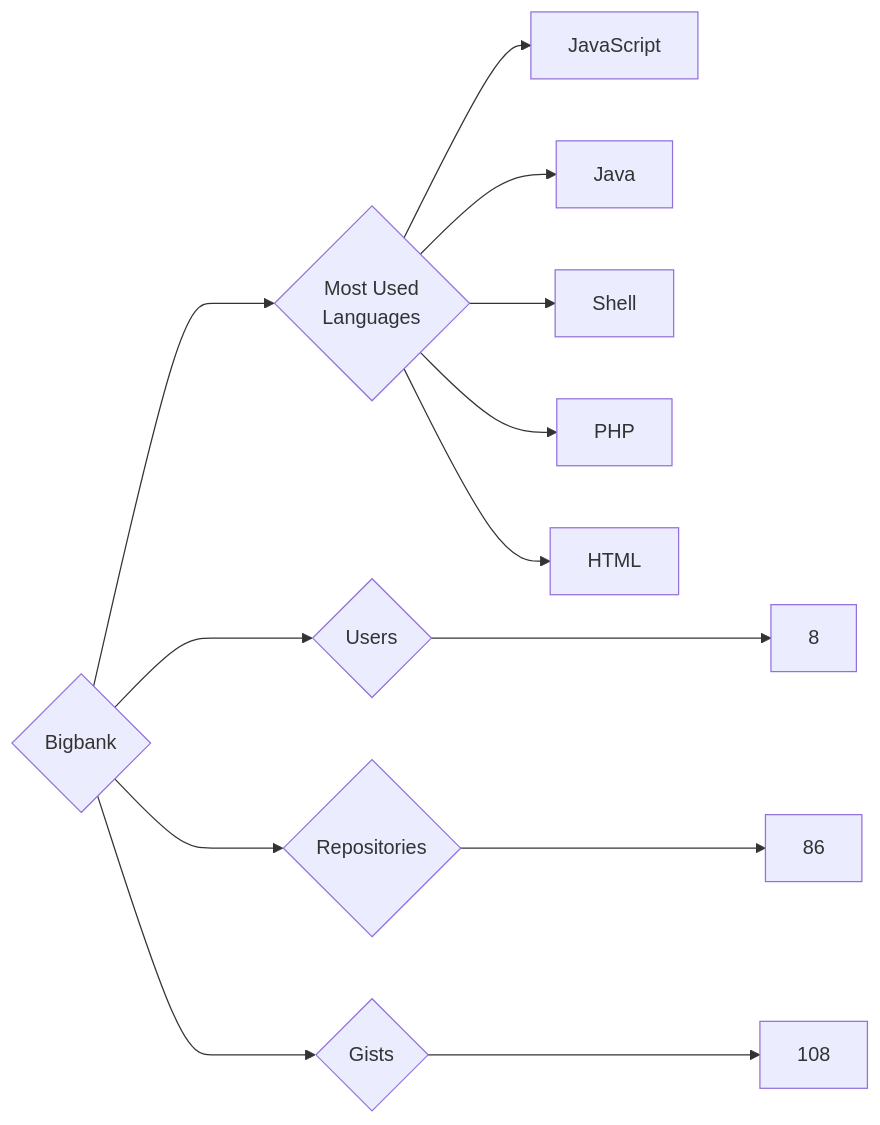
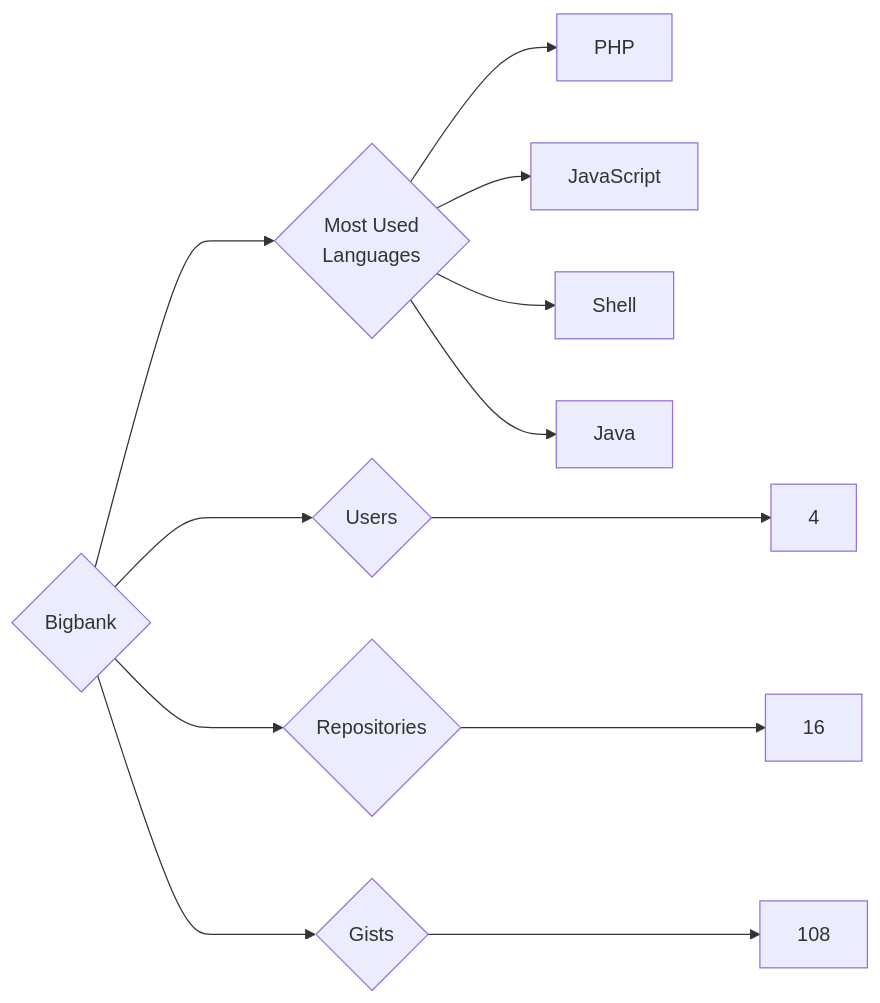
One commit to trickest/insiders changed the diagram in targets/Bigbank/README.md. Above: the diagram before and after it, drawn with Mermaid. The commit also changed 682 other files, not shown here.

````diff
--- a/targets/Bigbank/README.md
+++ b/targets/Bigbank/README.md
@@ -3,13 +3,12 @@
 ```mermaid
 graph LR
 COMPANY_NAME{Bigbank}
-COMPANY_NAME ---> U{Users} ---> UN[8]
-COMPANY_NAME ---> R{Repositories} ---> RN[86]
+COMPANY_NAME ---> U{Users} ---> UN[4]
+COMPANY_NAME ---> R{Repositories} ---> RN[16]
 COMPANY_NAME ---> G{Gists} ---> GN[108]
 COMPANY_NAME ---> ML{Most Used<br>Languages}
+ML --> PHP[PHP]
 ML --> JavaScript[JavaScript]
+ML --> Shell[Shell]
 ML --> Java[Java]
-ML --> Shell[Shell]
-ML --> PHP[PHP]
-ML --> HTML[HTML]
 ```
````
